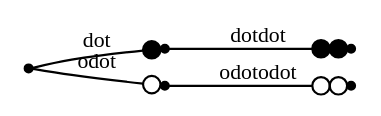
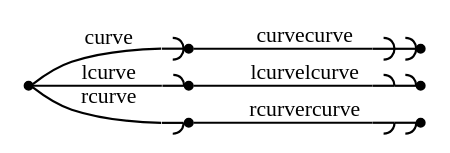
Before and after one commit to graphviz-perl/GraphViz2-Marpa-PathUtils: the diagram in out/clusters.out.08.004.gv, drawn with Graphviz. The commit also changed 45 other files, not shown here.

```diff
--- a/out/clusters.out.08.004.gv
+++ b/out/clusters.out.08.004.gv
@@ -1,11 +1,13 @@
 digraph G
 {
 	graph[rankdir = "LR" nodesep = "0"]
 	node[shape = "point" label = ""]
 	edge[fontsize = "10"]
-	_dot -> dot[arrowhead = "dot" label = "dot"]
-	dot -> dotdot[arrowhead = "dotdot" label = "dotdot"]
-	_dot -> odot[arrowhead = "odot" label = "odot"]
-	odot -> odotodot[arrowhead = "odotodot" label = "odotodot"]
+	_curve -> curve[arrowhead = "curve" label = "curve"]
+	curve -> curvecurve[arrowhead = "curvecurve" label = "curvecurve"]
+	_curve -> lcurve[arrowhead = "lcurve" label = "lcurve"]
+	lcurve -> lcurvelcurve[arrowhead = "lcurvelcurve" label = "lcurvelcurve"]
+	_curve -> rcurve[arrowhead = "rcurve" label = "rcurve"]
+	rcurve -> rcurvercurve[arrowhead = "rcurvercurve" label = "rcurvercurve"]
 
 }
```
